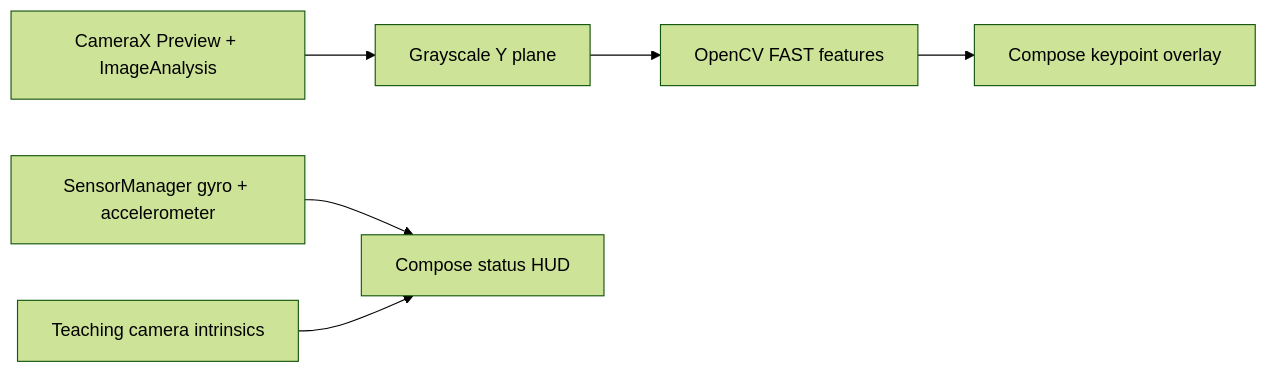
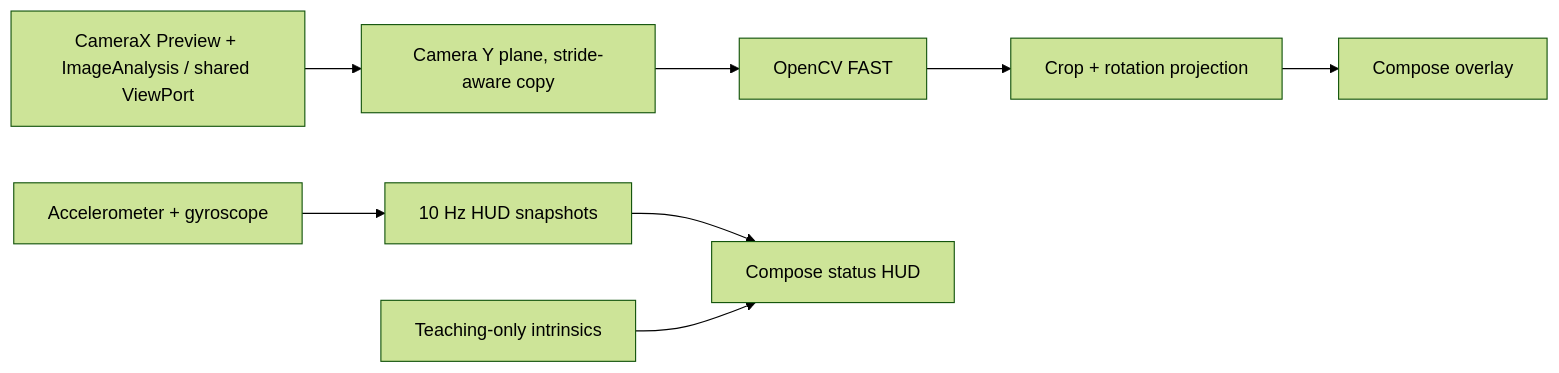
One commit to MatPomGit/mobile-slam changed the diagram in README.md. Above: the diagram before and after it, drawn with Mermaid (forest theme). The commit also changed other lines of this file and 17 other files, not shown here.

First line of the commit message:
fix(android): stabilize milestone 1 camera, IMU and CI (#2)

````diff
--- a/README.md
+++ b/README.md
@@ -24,8 +27,10 @@
 ```mermaid
 flowchart LR
-    Cam[CameraX Preview + ImageAnalysis] --> Gray[Grayscale Y plane]
-    Gray --> FAST[OpenCV FAST features]
-    FAST --> Overlay[Compose keypoint overlay]
-    IMU[SensorManager gyro + accelerometer] --> HUD[Compose status HUD]
-    Intrinsics[Teaching camera intrinsics] --> HUD
+    Camera[CameraX Preview + ImageAnalysis / shared ViewPort] --> Gray[Camera Y plane, stride-aware copy]
+    Gray --> FAST[OpenCV FAST]
+    FAST --> Crop[Crop + rotation projection]
+    Crop --> Overlay[Compose overlay]
+    IMU[Accelerometer + gyroscope] --> Gate[10 Hz HUD snapshots]
+    Gate --> HUD[Compose status HUD]
+    Intrinsics[Teaching-only intrinsics] --> HUD
 ```
````
